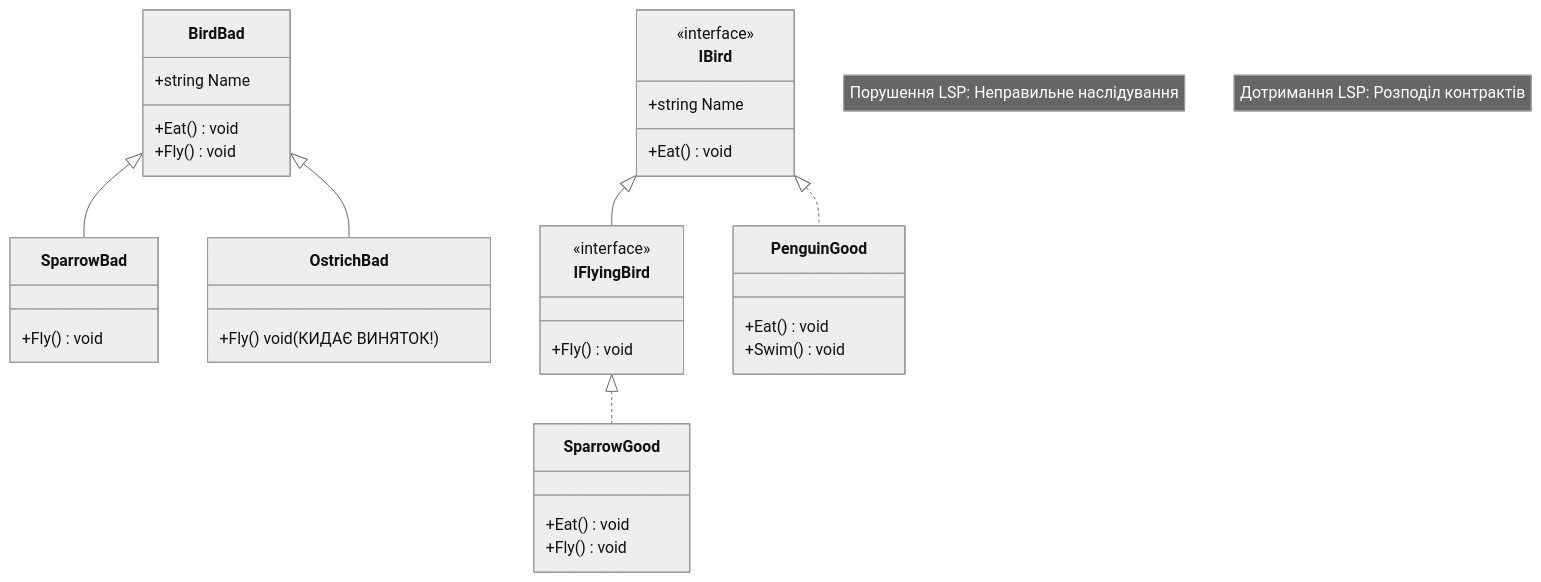
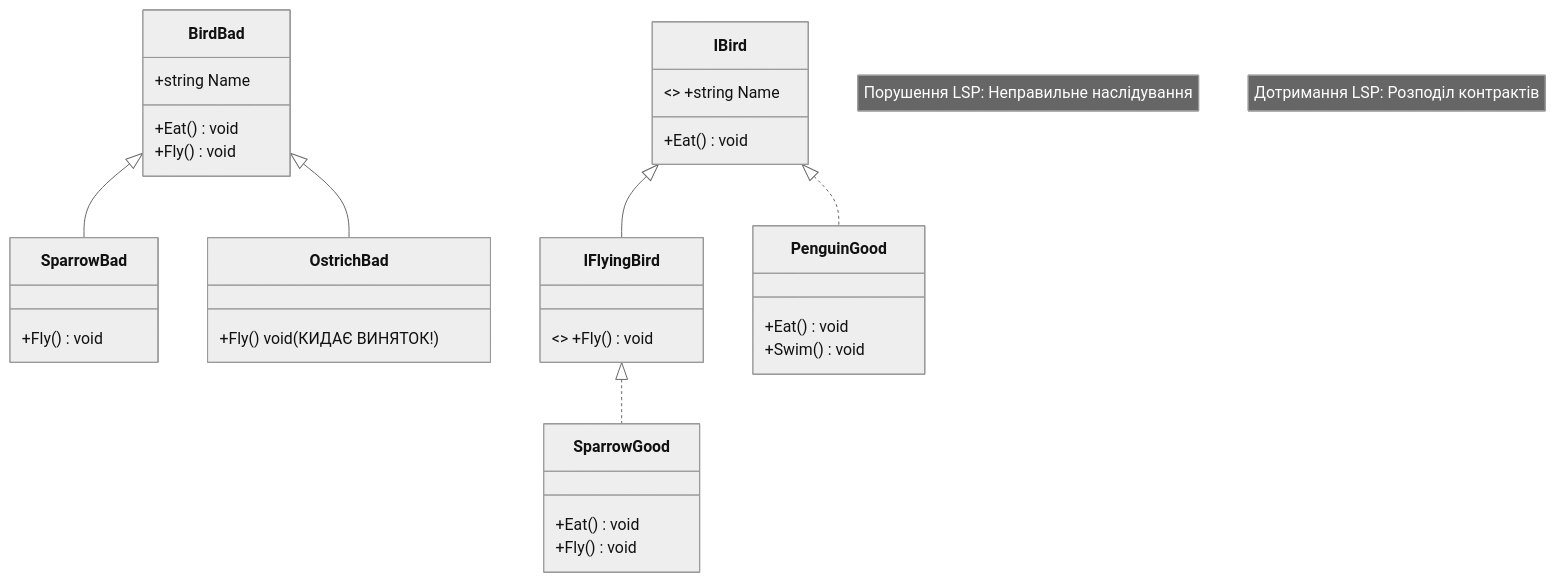
The second of 2 diagrams in 08-Architecture-And-Patterns/01-SOLID-Principles/OOP - SOLID/Docs/03_Liskov_Substitution_Principle.md (MrTomkaYurii/CSharp-OOP-Mastery), drawn with Mermaid (neutral theme) before and after one commit. The commit also changed other lines of this file and 246 other files, not shown here.

Commit message:
feat(architecture): restructure 08 around SOLID, Generic Host (Config & Logging), DI, AutoMapper, Spectre.Console and 3-tier EF Core app

````diff
--- a/08-Architecture-And-Patterns/01-SOLID-Principles/OOP - SOLID/Docs/03_Liskov_Substitution_Principle.md
+++ b/08-Architecture-And-Patterns/01-SOLID-Principles/OOP - SOLID/Docs/03_Liskov_Substitution_Principle.md
@@ -238,40 +239,38 @@
 ```mermaid
 classDiagram
     note "Порушення LSP: Неправильне наслідування"
     class BirdBad {
         +string Name
         +Eat() void
         +Fly() void
     }
     class SparrowBad {
         +Fly() void
     }
     class OstrichBad {
         +Fly() void (КИДАЄ ВИНЯТОК!)
     }
     BirdBad <|-- SparrowBad
     BirdBad <|-- OstrichBad
 
     note "Дотримання LSP: Розподіл контрактів"
     class IBird {
-        <<interface>>
-        +string Name
+        <<interface>> +string Name
         +Eat() void
     }
     class IFlyingBird {
-        <<interface>>
-        +Fly() void
+        <<interface>> +Fly() void
     }
     class SparrowGood {
         +Eat() void
         +Fly() void
     }
     class PenguinGood {
         +Eat() void
         +Swim() void
     }
 
     IBird <|-- IFlyingBird
     IFlyingBird <|.. SparrowGood
     IBird <|.. PenguinGood
 ```
````
